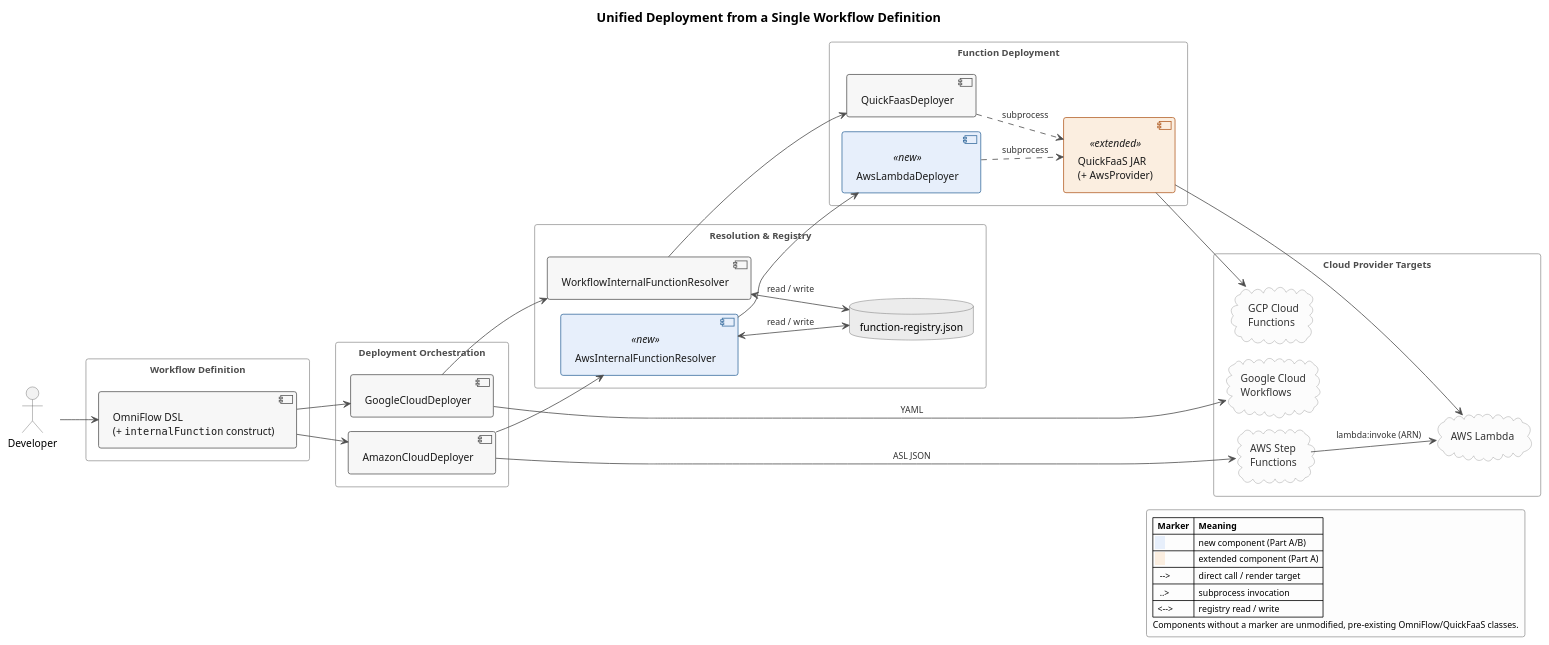
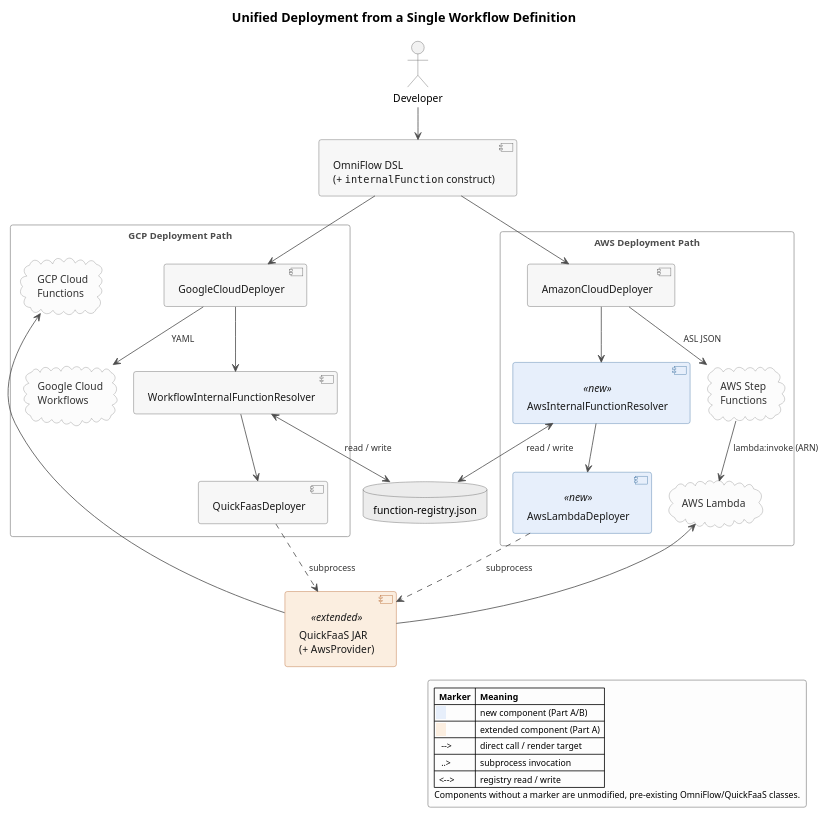
The diagram in diagrams/architecture-after.puml (EngenheiroPedroCarvalho/ISEL-Thesis-2526), drawn with PlantUML before and after one commit. The commit also changed 2 other files, not shown here.

Commit message:
Fix architecture-after.puml layout for cross-renderer robustness
The previous layout (left to right direction + a hidden edge used to
pin a node inside its cluster) rendered cleanly with this session's
PlantUML/Graphviz versions but produced a broken layout (a huge
looping edge, overlapping labels) in the user's renderer.

Replace it with a simpler, more portable structure: two parallel
top-to-bottom swimlanes (GCP path / AWS path), with the shared
function-registry.json and QuickFaaS JAR sitting between them. No
direction override, no hidden edges, far fewer long cross-cluster
edges - this also better reflects the provider-symmetric design the
thesis text already claims. Keeps the same color-coded new/extended
markers and legend.

Claude-Session: https://claude.ai/code/session_01KJXWkTU8MwDtpFRMYu8c1D

```diff
--- a/diagrams/architecture-after.puml
+++ b/diagrams/architecture-after.puml
@@ -1,131 +1,118 @@
 @startuml architecture-after
 skinparam monochrome false
 skinparam shadowing false
 skinparam roundcorner 6
 skinparam defaultFontName Helvetica
 skinparam defaultFontSize 13
 skinparam titleFontSize 16
 skinparam titleFontStyle bold
 skinparam padding 3
-skinparam nodesep 18
-skinparam ranksep 32
+skinparam nodesep 20
+skinparam ranksep 40
 
 skinparam ArrowColor #4D4D4D
 skinparam ArrowFontSize 11
 skinparam ArrowFontColor #333333
 
 skinparam actor {
   BackgroundColor #F2F2F2
   BorderColor #595959
 }
 
 skinparam component {
   BackgroundColor #F7F7F7
   BorderColor #595959
   FontColor #1A1A1A
-  BorderThickness 1
 }
 skinparam component<<new>> {
   BackgroundColor #E7EFFB
   BorderColor #3B6FA0
   FontColor #1A1A1A
 }
 skinparam component<<extended>> {
   BackgroundColor #FBEEE0
   BorderColor #B4622A
   FontColor #1A1A1A
 }
 
 skinparam database {
   BackgroundColor #ECECEC
   BorderColor #595959
 }
 
 skinparam cloud {
   BackgroundColor #FCFCFC
   BorderColor #8C8C8C
   FontColor #333333
 }
 
-skinparam note {
-  BackgroundColor #FFFDF5
-  BorderColor #B3A369
-  FontColor #333333
-}
-
 skinparam rectangle {
   BackgroundColor transparent
   BorderColor #999999
   FontColor #4D4D4D
   FontStyle bold
   FontSize 12
 }
 
 skinparam legend {
   BackgroundColor #FDFDFD
   BorderColor #999999
   FontSize 11
 }
 
 title Unified Deployment from a Single Workflow Definition
-left to right direction
 
 actor "Developer" as D2
+component "OmniFlow DSL\n(+ ""internalFunction"" construct)" as DSL2
 
-rectangle "Workflow Definition" {
-  component "OmniFlow DSL\n(+ ""internalFunction"" construct)" as DSL2
+rectangle "GCP Deployment Path" {
+  component "GoogleCloudDeployer" as GCD2
+  component "WorkflowInternalFunctionResolver" as WIFR
+  component "QuickFaasDeployer" as QFD
+  cloud "Google Cloud\nWorkflows" as GCW2
+  cloud "GCP Cloud\nFunctions" as GFN
 }
 
-rectangle "Deployment Orchestration" {
-  component "GoogleCloudDeployer" as GCD2
+rectangle "AWS Deployment Path" {
   component "AmazonCloudDeployer" as ACD2
-}
-
-rectangle "Resolution & Registry" {
-  component "WorkflowInternalFunctionResolver" as WIFR
   component "AwsInternalFunctionResolver" as AIFR <<new>>
-  database "function-registry.json" as REG
-}
-
-rectangle "Function Deployment" {
-  component "QuickFaasDeployer" as QFD
   component "AwsLambdaDeployer" as ALD <<new>>
-  component "QuickFaaS JAR\n(+ AwsProvider)" as JAR <<extended>>
-}
-
-rectangle "Cloud Provider Targets" {
-  cloud "Google Cloud\nWorkflows" as GCW2
-  cloud "GCP Cloud\nFunctions" as GFN
   cloud "AWS Step\nFunctions" as SF2
   cloud "AWS Lambda" as LAM
 }
 
+database "function-registry.json" as REG
+component "QuickFaaS JAR\n(+ AwsProvider)" as JAR <<extended>>
+
 D2 --> DSL2
 DSL2 --> GCD2
 DSL2 --> ACD2
+
 GCD2 --> WIFR
 ACD2 --> AIFR
 WIFR <--> REG : read / write
 AIFR <--> REG : read / write
+
 WIFR --> QFD
 AIFR --> ALD
 QFD ..> JAR : subprocess
 ALD ..> JAR : subprocess
+
 JAR --> GFN
 JAR --> LAM
-SF2 -[hidden]-> LAM
+
 GCD2 --> GCW2 : YAML
 ACD2 --> SF2 : ASL JSON
 SF2 --> LAM : lambda:invoke (ARN)
 
 legend right
   |= Marker |= Meaning |
   |<back:#E7EFFB>    </back>| new component (Part A/B) |
   |<back:#FBEEE0>    </back>| extended component (Part A) |
   |  --> | direct call / render target |
   |  ..> | subprocess invocation |
   | <--> | registry read / write |
   Components without a marker are unmodified, pre-existing OmniFlow/QuickFaaS classes.
 endlegend
 
 @enduml
```
